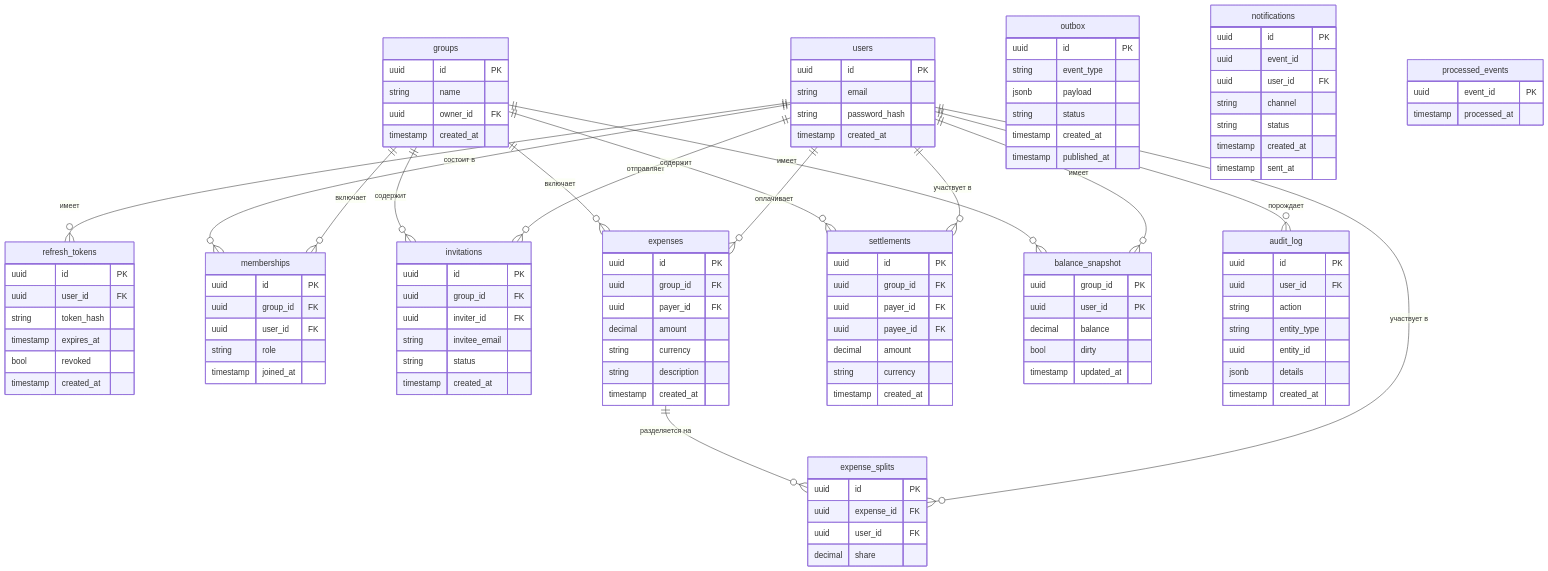
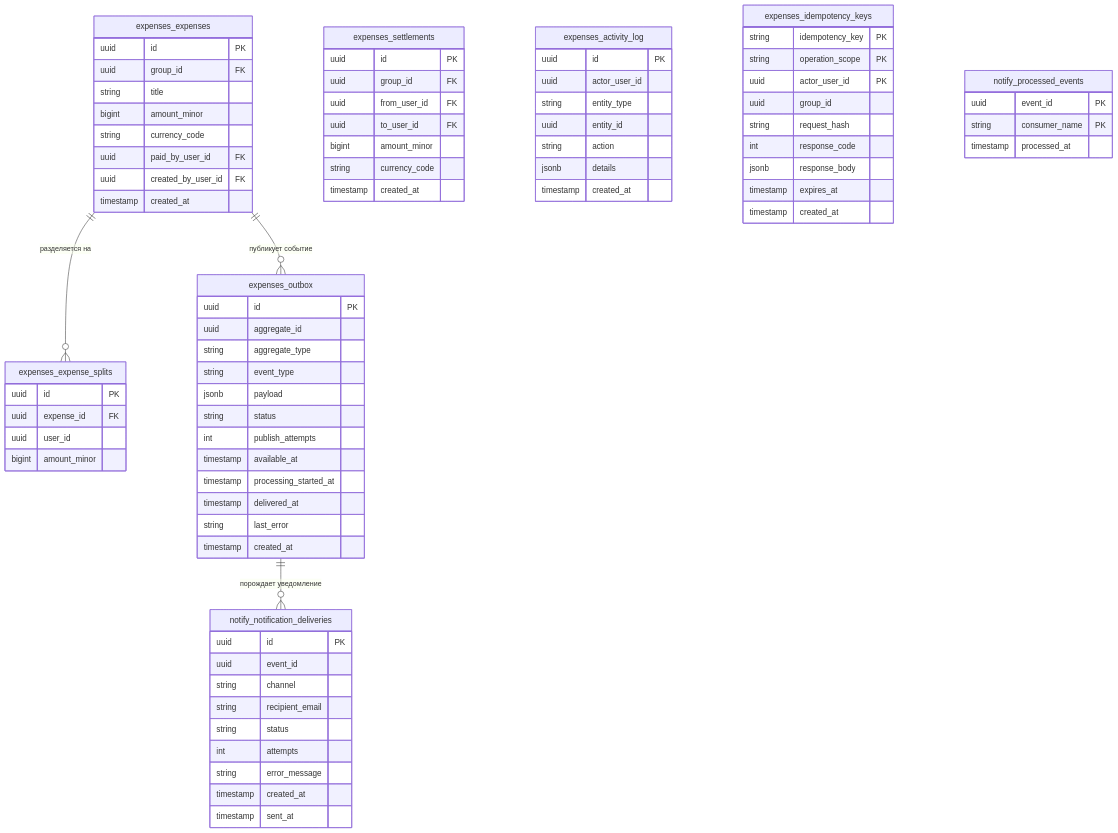
The second of 2 diagrams in 1_5_проектирование_бд.md (Vertenz/vkr-text), drawn with Mermaid before and after one commit. The commit also changed other lines of this file and 17 other files, not shown here.

````diff
--- a/1_5_проектирование_бд.md
+++ b/1_5_проектирование_бд.md
@@ -108,122 +187,88 @@
 ```mermaid
 erDiagram
-    %% ── Схема auth ──────────────────────────────────────
-    users {
+    %% ── Схема expenses ───────────────────────────────────
+    expenses_expenses {
         uuid id PK
-        string email
-        string password_hash
+        uuid group_id FK
+        string title
+        bigint amount_minor
+        string currency_code
+        uuid paid_by_user_id FK
+        uuid created_by_user_id FK
         timestamp created_at
     }
-    refresh_tokens {
+    expenses_expense_splits {
         uuid id PK
-        uuid user_id FK
-        string token_hash
-        timestamp expires_at
-        bool revoked
+        uuid expense_id FK
+        uuid user_id
+        bigint amount_minor
+    }
+    expenses_settlements {
+        uuid id PK
+        uuid group_id FK
+        uuid from_user_id FK
+        uuid to_user_id FK
+        bigint amount_minor
+        string currency_code
         timestamp created_at
     }
-
-    %% ── Схема groups ─────────────────────────────────────
-    groups {
+    expenses_activity_log {
         uuid id PK
-        string name
-        uuid owner_id FK
+        uuid actor_user_id
+        string entity_type
+        uuid entity_id
+        string action
+        jsonb details
         timestamp created_at
     }
-    memberships {
-        uuid id PK
-        uuid group_id FK
-        uuid user_id FK
-        string role
-        timestamp joined_at
-    }
-    invitations {
-        uuid id PK
-        uuid group_id FK
-        uuid inviter_id FK
-        string invitee_email
-        string status
+    expenses_idempotency_keys {
+        string idempotency_key PK
+        string operation_scope PK
+        uuid actor_user_id PK
+        uuid group_id
+        string request_hash
+        int response_code
+        jsonb response_body
+        timestamp expires_at
         timestamp created_at
     }
-
-    %% ── Схема expenses ───────────────────────────────────
-    expenses {
+    expenses_outbox {
         uuid id PK
-        uuid group_id FK
-        uuid payer_id FK
-        decimal amount
-        string currency
-        string description
-        timestamp created_at
-    }
-    expense_splits {
-        uuid id PK
-        uuid expense_id FK
-        uuid user_id FK
-        decimal share
-    }
-    settlements {
-        uuid id PK
-        uuid group_id FK
-        uuid payer_id FK
-        uuid payee_id FK
-        decimal amount
-        string currency
-        timestamp created_at
-    }
-    balance_snapshot {
-        uuid group_id PK
-        uuid user_id PK
-        decimal balance
-        bool dirty
-        timestamp updated_at
-    }
-    outbox {
-        uuid id PK
+        uuid aggregate_id
+        string aggregate_type
         string event_type
         jsonb payload
         string status
-        timestamp created_at
-        timestamp published_at
-    }
-    audit_log {
-        uuid id PK
-        uuid user_id FK
-        string action
-        string entity_type
-        uuid entity_id
-        jsonb details
+        int publish_attempts
+        timestamp available_at
+        timestamp processing_started_at
+        timestamp delivered_at
+        string last_error
         timestamp created_at
     }
 
     %% ── Схема notify ─────────────────────────────────────
-    notifications {
+    notify_notification_deliveries {
         uuid id PK
         uuid event_id
-        uuid user_id FK
         string channel
+        string recipient_email
         string status
+        int attempts
+        string error_message
         timestamp created_at
         timestamp sent_at
     }
-    processed_events {
+    notify_processed_events {
         uuid event_id PK
+        string consumer_name PK
         timestamp processed_at
     }
 
-    %% ── Связи ────────────────────────────────────────────
-    users ||--o{ refresh_tokens : "имеет"
-    users ||--o{ memberships : "состоит в"
-    groups ||--o{ memberships : "включает"
-    groups ||--o{ invitations : "содержит"
-    users ||--o{ invitations : "отправляет"
-    groups ||--o{ expenses : "включает"
-    users ||--o{ expenses : "оплачивает"
-    expenses ||--o{ expense_splits : "разделяется на"
-    users ||--o{ expense_splits : "участвует в"
-    groups ||--o{ settlements : "содержит"
-    users ||--o{ settlements : "участвует в"
-    groups ||--o{ balance_snapshot : "имеет"
-    users ||--o{ balance_snapshot : "имеет"
-    users ||--o{ audit_log : "порождает"
+    %% ── Связи expenses (внутренние) ──────────────────────
+    expenses_expenses ||--o{ expenses_expense_splits : "разделяется на"
+    expenses_expenses ||--o{ expenses_outbox : "публикует событие"
+
+    %% ── Логическая связь notify → expenses.outbox ────────
+    expenses_outbox ||--o{ notify_notification_deliveries : "порождает уведомление"
 ```
````
